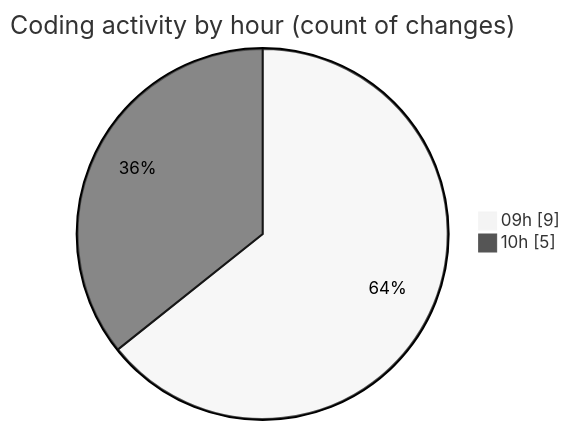
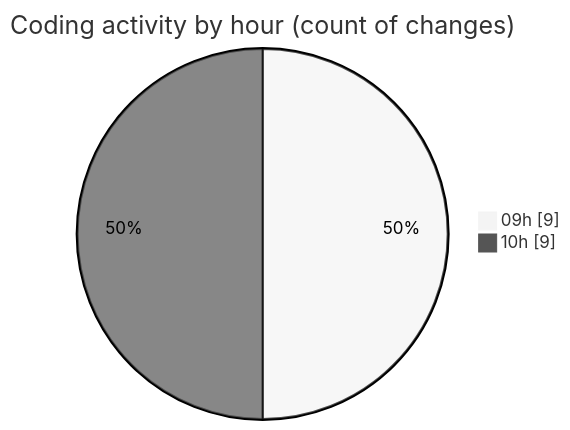
The second of 2 diagrams in 2025-07-10/mail-listener2-0_1_3/README.md (lephambinh05/code-tracking), drawn with Mermaid (neutral theme) before and after one commit. The commit also changed other lines of this file and 1 other file, not shown here.

````diff
--- a/2025-07-10/mail-listener2-0_1_3/README.md
+++ b/2025-07-10/mail-listener2-0_1_3/README.md
@@ -31,6 +31,6 @@
 ```mermaid
 pie showData
 title Coding activity by hour (count of changes)
 "09h" : 9
-"10h" : 5
+"10h" : 9
 ```
````
